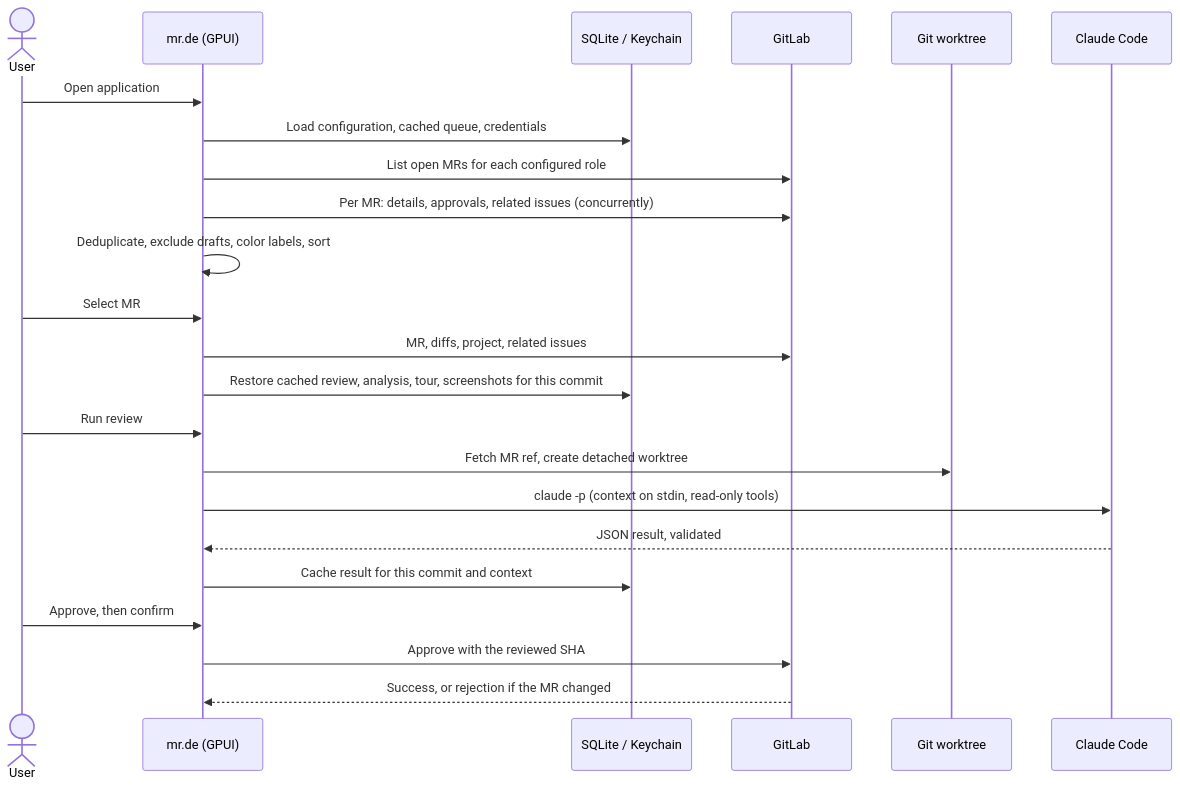
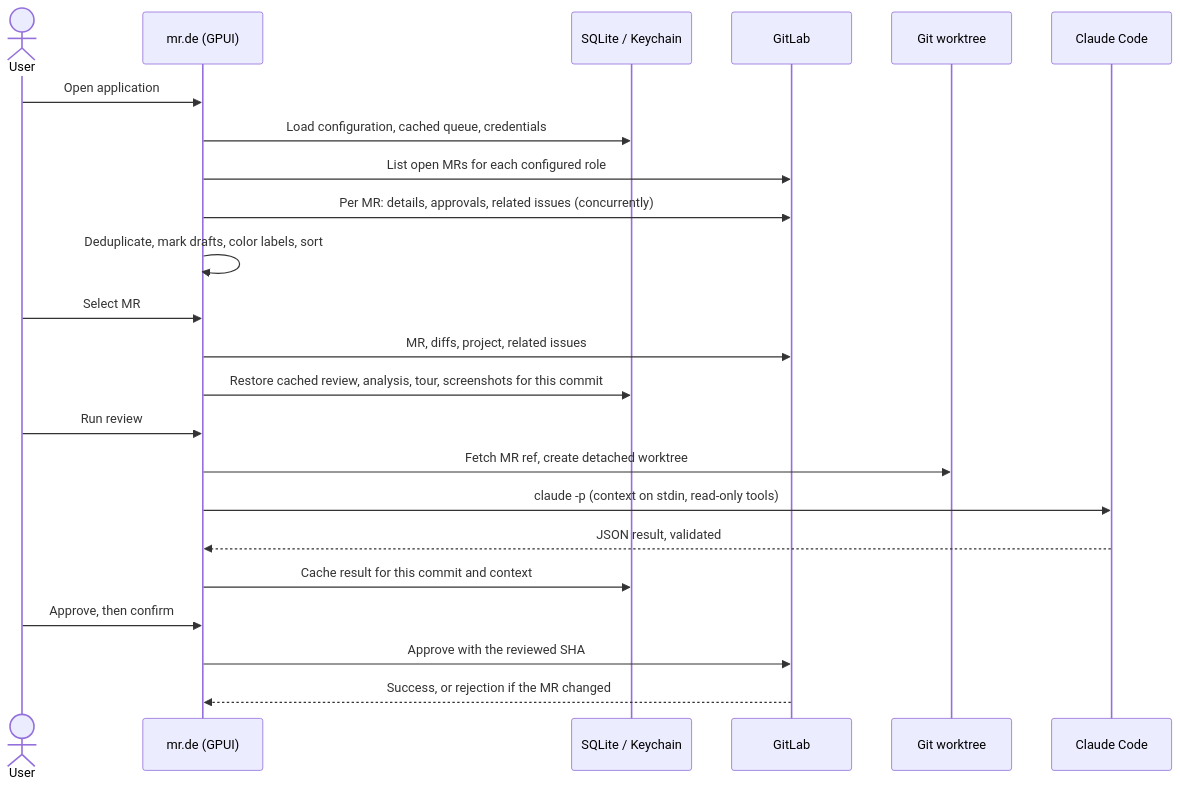
One commit to kwop/mr.de changed the second of 3 diagrams in docs/architecture.md. Above: the diagram before and after it, drawn with Mermaid. The commit also changed other lines of this file and 23 other files, not shown here.

````diff
--- a/docs/architecture.md
+++ b/docs/architecture.md
@@ -92,25 +93,25 @@
 ```mermaid
 sequenceDiagram
     actor User
     participant UI as mr.de (GPUI)
     participant DB as SQLite / Keychain
     participant GL as GitLab
     participant Git as Git worktree
     participant CC as Claude Code
     User->>UI: Open application
     UI->>DB: Load configuration, cached queue, credentials
     UI->>GL: List open MRs for each configured role
     UI->>GL: Per MR: details, approvals, related issues (concurrently)
-    UI->>UI: Deduplicate, exclude drafts, color labels, sort
+    UI->>UI: Deduplicate, mark drafts, color labels, sort
     User->>UI: Select MR
     UI->>GL: MR, diffs, project, related issues
     UI->>DB: Restore cached review, analysis, tour, screenshots for this commit
     User->>UI: Run review
     UI->>Git: Fetch MR ref, create detached worktree
     UI->>CC: claude -p (context on stdin, read-only tools)
     CC-->>UI: JSON result, validated
     UI->>DB: Cache result for this commit and context
     User->>UI: Approve, then confirm
     UI->>GL: Approve with the reviewed SHA
     GL-->>UI: Success, or rejection if the MR changed
 ```
````
